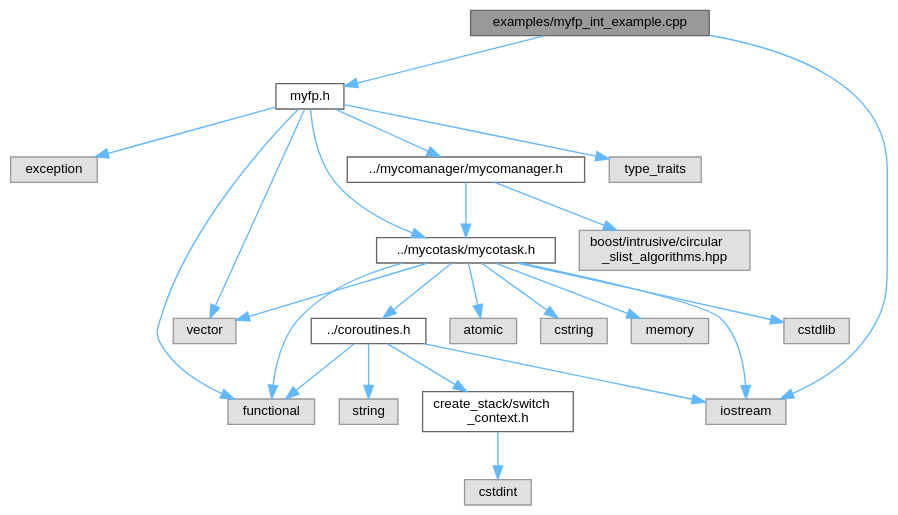
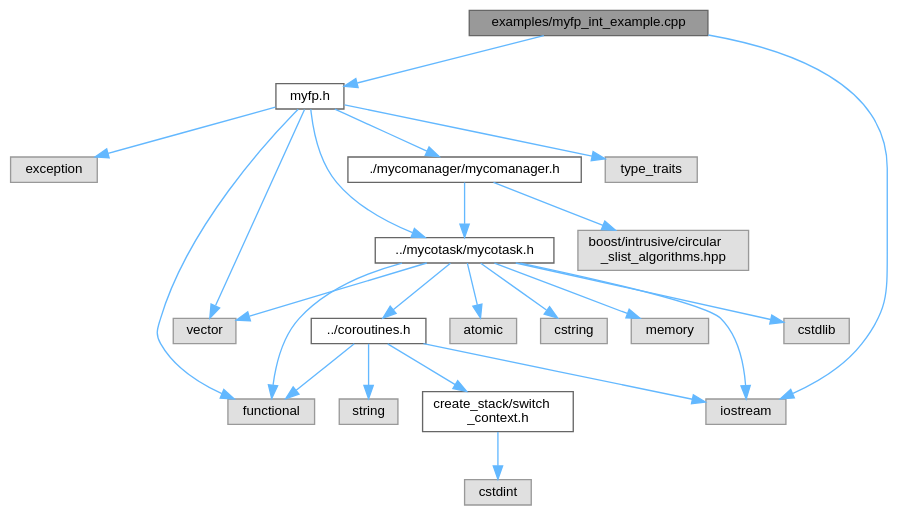
One commit to lalkaman1981/coroutins changed the diagram in myfp__int__example_8cpp__incl.dot. Above: the diagram before and after it, drawn with Graphviz. The commit also changed 34 other files, not shown here.

```diff
--- a/myfp__int__example_8cpp__incl.dot
+++ b/myfp__int__example_8cpp__incl.dot
@@ -1,48 +1,48 @@
 digraph "examples/myfp_int_example.cpp"
 {
  // LATEX_PDF_SIZE
   bgcolor="transparent";
   edge [fontname=Helvetica,fontsize=10,labelfontname=Helvetica,labelfontsize=10];
   node [fontname=Helvetica,fontsize=10,shape=box,height=0.2,width=0.4];
   Node1 [id="Node000001",label="examples/myfp_int_example.cpp",height=0.2,width=0.4,color="gray40", fillcolor="grey60", style="filled", fontcolor="black",tooltip=" "];
   Node1 -> Node2 [id="edge1_Node000001_Node000002",color="steelblue1",style="solid",tooltip=" "];
   Node2 [id="Node000002",label="myfp.h",height=0.2,width=0.4,color="grey40", fillcolor="white", style="filled",URL="$myfp_8h.html",tooltip=" "];
   Node2 -> Node3 [id="edge2_Node000002_Node000003",color="steelblue1",style="solid",tooltip=" "];
   Node3 [id="Node000003",label="exception",height=0.2,width=0.4,color="grey60", fillcolor="#E0E0E0", style="filled",tooltip=" "];
   Node2 -> Node4 [id="edge3_Node000002_Node000004",color="steelblue1",style="solid",tooltip=" "];
   Node4 [id="Node000004",label="functional",height=0.2,width=0.4,color="grey60", fillcolor="#E0E0E0", style="filled",tooltip=" "];
   Node2 -> Node5 [id="edge4_Node000002_Node000005",color="steelblue1",style="solid",tooltip=" "];
   Node5 [id="Node000005",label="type_traits",height=0.2,width=0.4,color="grey60", fillcolor="#E0E0E0", style="filled",tooltip=" "];
   Node2 -> Node6 [id="edge5_Node000002_Node000006",color="steelblue1",style="solid",tooltip=" "];
   Node6 [id="Node000006",label="vector",height=0.2,width=0.4,color="grey60", fillcolor="#E0E0E0", style="filled",tooltip=" "];
   Node2 -> Node7 [id="edge6_Node000002_Node000007",color="steelblue1",style="solid",tooltip=" "];
-  Node7 [id="Node000007",label="../mycomanager/mycomanager.h",height=0.2,width=0.4,color="grey40", fillcolor="white", style="filled",URL="$mycomanager_8h.html",tooltip=" "];
+  Node7 [id="Node000007",label="./mycomanager/mycomanager.h",height=0.2,width=0.4,color="grey40", fillcolor="white", style="filled",URL="$mycomanager_8h.html",tooltip=" "];
   Node7 -> Node8 [id="edge7_Node000007_Node000008",color="steelblue1",style="solid",tooltip=" "];
   Node8 [id="Node000008",label="../mycotask/mycotask.h",height=0.2,width=0.4,color="grey40", fillcolor="white", style="filled",URL="$mycotask_8h.html",tooltip=" "];
   Node8 -> Node9 [id="edge8_Node000008_Node000009",color="steelblue1",style="solid",tooltip=" "];
   Node9 [id="Node000009",label="atomic",height=0.2,width=0.4,color="grey60", fillcolor="#E0E0E0", style="filled",tooltip=" "];
   Node8 -> Node10 [id="edge9_Node000008_Node000010",color="steelblue1",style="solid",tooltip=" "];
   Node10 [id="Node000010",label="cstring",height=0.2,width=0.4,color="grey60", fillcolor="#E0E0E0", style="filled",tooltip=" "];
   Node8 -> Node11 [id="edge10_Node000008_Node000011",color="steelblue1",style="solid",tooltip=" "];
   Node11 [id="Node000011",label="memory",height=0.2,width=0.4,color="grey60", fillcolor="#E0E0E0", style="filled",tooltip=" "];
   Node8 -> Node6 [id="edge11_Node000008_Node000006",color="steelblue1",style="solid",tooltip=" "];
   Node8 -> Node12 [id="edge12_Node000008_Node000012",color="steelblue1",style="solid",tooltip=" "];
   Node12 [id="Node000012",label="../coroutines.h",height=0.2,width=0.4,color="grey40", fillcolor="white", style="filled",URL="$coroutines_8h.html",tooltip=" "];
   Node12 -> Node4 [id="edge13_Node000012_Node000004",color="steelblue1",style="solid",tooltip=" "];
   Node12 -> Node13 [id="edge14_Node000012_Node000013",color="steelblue1",style="solid",tooltip=" "];
   Node13 [id="Node000013",label="iostream",height=0.2,width=0.4,color="grey60", fillcolor="#E0E0E0", style="filled",tooltip=" "];
   Node12 -> Node14 [id="edge15_Node000012_Node000014",color="steelblue1",style="solid",tooltip=" "];
   Node14 [id="Node000014",label="string",height=0.2,width=0.4,color="grey60", fillcolor="#E0E0E0", style="filled",tooltip=" "];
   Node12 -> Node15 [id="edge16_Node000012_Node000015",color="steelblue1",style="solid",tooltip=" "];
   Node15 [id="Node000015",label="create_stack/switch\l_context.h",height=0.2,width=0.4,color="grey40", fillcolor="white", style="filled",URL="$switch__context_8h.html",tooltip=" "];
   Node15 -> Node16 [id="edge17_Node000015_Node000016",color="steelblue1",style="solid",tooltip=" "];
   Node16 [id="Node000016",label="cstdint",height=0.2,width=0.4,color="grey60", fillcolor="#E0E0E0", style="filled",tooltip=" "];
   Node8 -> Node17 [id="edge18_Node000008_Node000017",color="steelblue1",style="solid",tooltip=" "];
   Node17 [id="Node000017",label="cstdlib",height=0.2,width=0.4,color="grey60", fillcolor="#E0E0E0", style="filled",tooltip=" "];
   Node8 -> Node4 [id="edge19_Node000008_Node000004",color="steelblue1",style="solid",tooltip=" "];
   Node8 -> Node13 [id="edge20_Node000008_Node000013",color="steelblue1",style="solid",tooltip=" "];
   Node7 -> Node18 [id="edge21_Node000007_Node000018",color="steelblue1",style="solid",tooltip=" "];
   Node18 [id="Node000018",label="boost/intrusive/circular\l_slist_algorithms.hpp",height=0.2,width=0.4,color="grey60", fillcolor="#E0E0E0", style="filled",tooltip=" "];
   Node2 -> Node8 [id="edge22_Node000002_Node000008",color="steelblue1",style="solid",tooltip=" "];
   Node1 -> Node13 [id="edge23_Node000001_Node000013",color="steelblue1",style="solid",tooltip=" "];
 }
```
